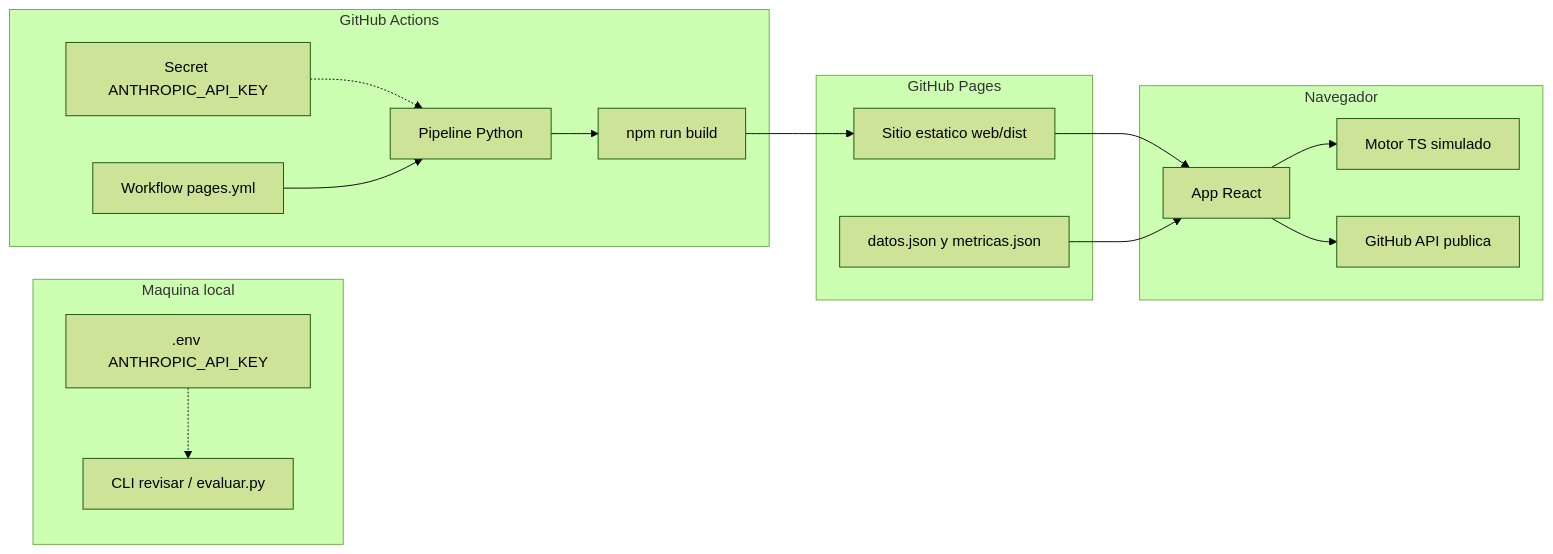
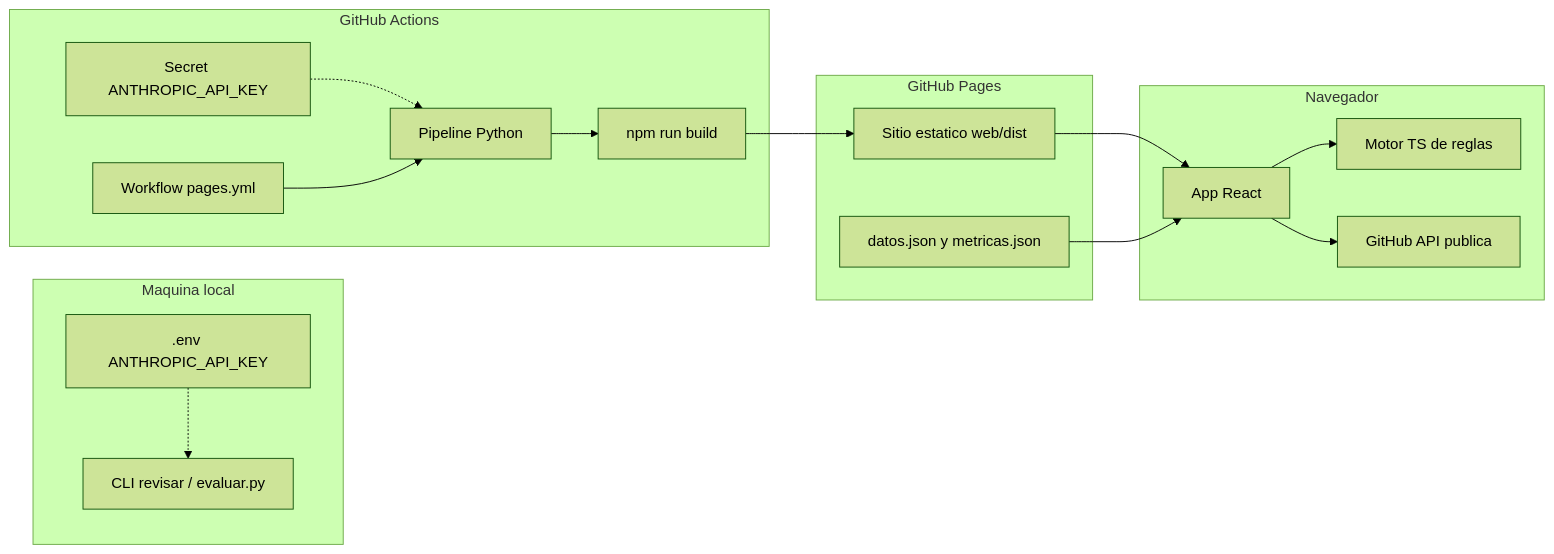
Before and after one commit to pmora3003/grantfox-revision-asistida: the second of 3 diagrams in docs/PROTOTIPO.md, drawn with Mermaid (forest theme). The commit also changed other lines of this file and 38 other files, not shown here.

Commit message:
Motor de reglas, bandas de confianza 0.85 y 0.60, fundamentos con marcos de referencia, monto en la tabla y ajustes de interfaz

````diff
--- a/docs/PROTOTIPO.md
+++ b/docs/PROTOTIPO.md
@@ -100,29 +100,29 @@
 ```mermaid
 flowchart LR
   subgraph local ["Maquina local"]
     CLI["CLI revisar / evaluar.py"]
     ENV[".env ANTHROPIC_API_KEY"]
   end
   subgraph gha ["GitHub Actions"]
     WF["Workflow pages.yml"]
     SEC["Secret ANTHROPIC_API_KEY"]
     PIPE["Pipeline Python"]
     BUILD["npm run build"]
   end
   subgraph pages ["GitHub Pages"]
     SITE["Sitio estatico web/dist"]
     DATOS["datos.json y metricas.json"]
   end
   subgraph browser ["Navegador"]
     APP["App React"]
-    MOTOR["Motor TS simulado"]
+    MOTOR["Motor TS de reglas"]
     GHAPI["GitHub API publica"]
   end
   ENV -.-> CLI
   SEC -.-> PIPE
   WF --> PIPE --> BUILD --> SITE
   SITE --> APP
   DATOS --> APP
   APP --> MOTOR
   APP --> GHAPI
 ```
````
